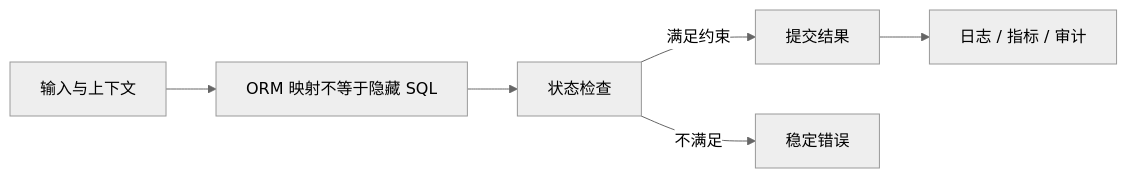
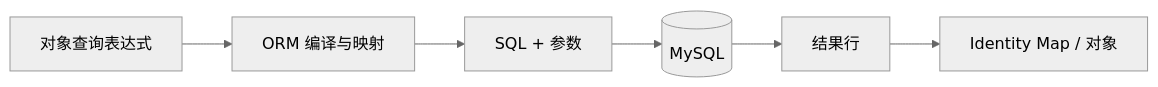
Before and after one commit to upJiang/jiang-blog-vitepress: the diagram in docs/backend/orm-unit-of-work-n-plus-one.md, drawn with Mermaid (neutral theme). The commit also changed other lines of this file and 341 other files, not shown here.

````diff
--- a/docs/backend/orm-unit-of-work-n-plus-one.md
+++ b/docs/backend/orm-unit-of-work-n-plus-one.md
@@ -34,8 +36,8 @@
 ```mermaid
 flowchart LR
-  A[输入与上下文] --> B[ORM 映射不等于隐藏 SQL]
-  B --> C[状态检查]
-  C -->|满足约束| D[提交结果]
-  C -->|不满足| E[稳定错误]
-  D --> F[日志 / 指标 / 审计]
+  CODE[对象查询表达式] --> ORM[ORM 编译与映射]
+  ORM --> SQL[SQL + 参数]
+  SQL --> DB[(MySQL)]
+  DB --> ROWS[结果行]
+  ROWS --> MAP[Identity Map / 对象]
 ```
````
